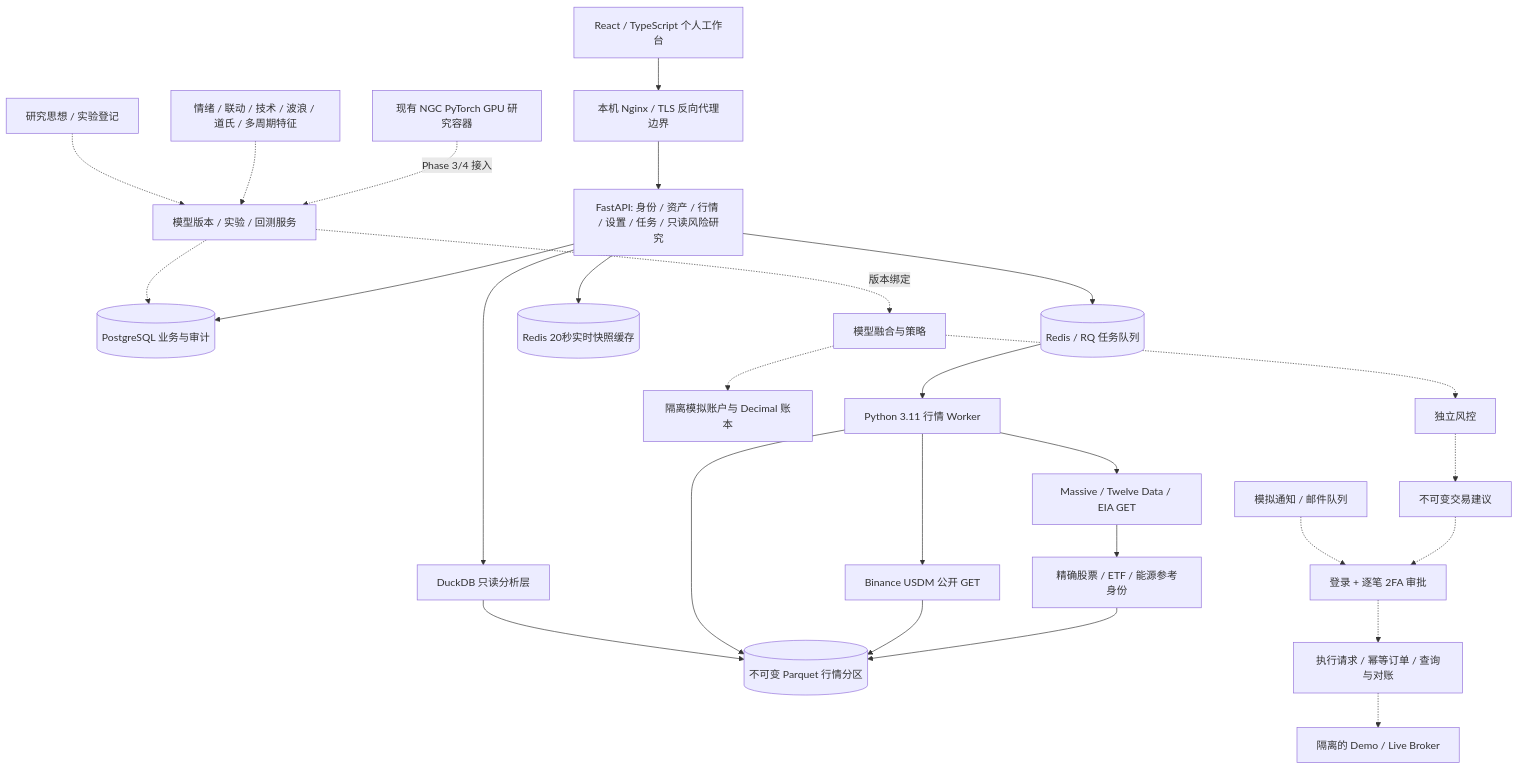
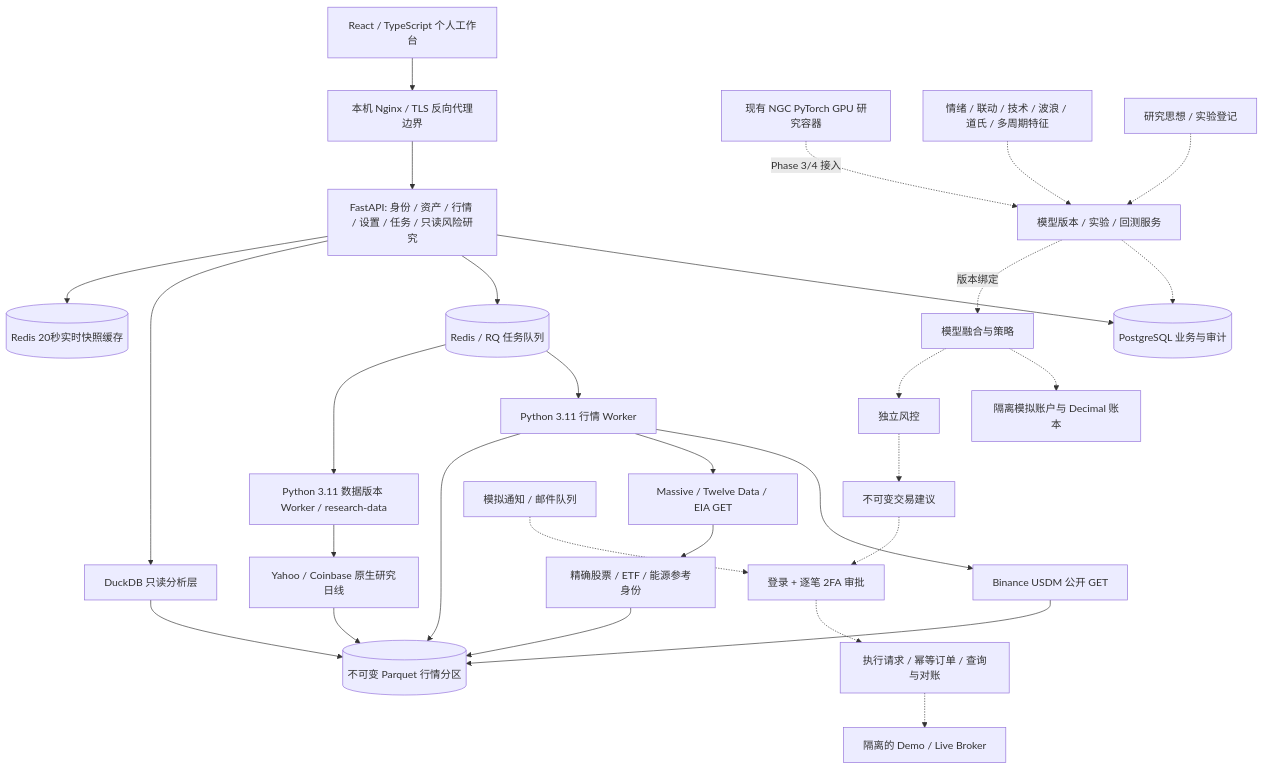
One commit to LegendaryFlutist/global-quant-ai changed the diagram in docs/platform/architecture.md. Above: the diagram before and after it, drawn with Mermaid. The commit also changed other lines of this file and 13 other files, not shown here.

````diff
--- a/docs/platform/architecture.md
+++ b/docs/platform/architecture.md
@@ -11,29 +11,32 @@
 ```mermaid
 flowchart TB
     Browser[React / TypeScript 个人工作台] --> Proxy[本机 Nginx / TLS 反向代理边界]
     Proxy --> API[FastAPI: 身份 / 资产 / 行情 / 设置 / 任务 / 只读风险研究]
     API --> PG[(PostgreSQL 业务与审计)]
     API --> Redis[(Redis / RQ 任务队列)]
     Redis --> Worker[Python 3.11 行情 Worker]
+    Redis --> DatasetWorker[Python 3.11 数据版本 Worker / research-data]
+    DatasetWorker --> Native[Yahoo / Coinbase 原生研究日线]
+    Native --> PQ
     Worker --> Binance[Binance USDM 公开 GET]
     Worker --> Underlying[Massive / Twelve Data / EIA GET]
     Underlying --> Mapping[精确股票 / ETF / 能源参考身份]
     Mapping --> PQ
     Binance --> PQ
     Worker --> PQ[(不可变 Parquet 行情分区)]
     API --> DuckDB[DuckDB 只读分析层]
     DuckDB --> PQ
     API --> Cache[(Redis 20秒实时快照缓存)]
     Legacy[现有 NGC PyTorch GPU 研究容器] -. Phase 3/4 接入 .-> Registry[模型版本 / 实验 / 回测服务]
     Registry -.-> PG
     Features[情绪 / 联动 / 技术 / 波浪 / 道氏 / 多周期特征] -.-> Registry
     Registry -. 版本绑定 .-> Ensemble[模型融合与策略]
     Ensemble -.-> Paper[隔离模拟账户与 Decimal 账本]
     Ensemble -.-> Risk[独立风控]
     Risk -.-> Proposal[不可变交易建议]
     Proposal -.-> Approval[登录 + 逐笔 2FA 审批]
     Approval -.-> Execution[执行请求 / 幂等订单 / 查询与对账]
     Execution -.-> Broker[隔离的 Demo / Live Broker]
     Notify[模拟通知 / 邮件队列] -.-> Approval
     Ideas[研究思想 / 实验登记] -.-> Registry
 ```
````
